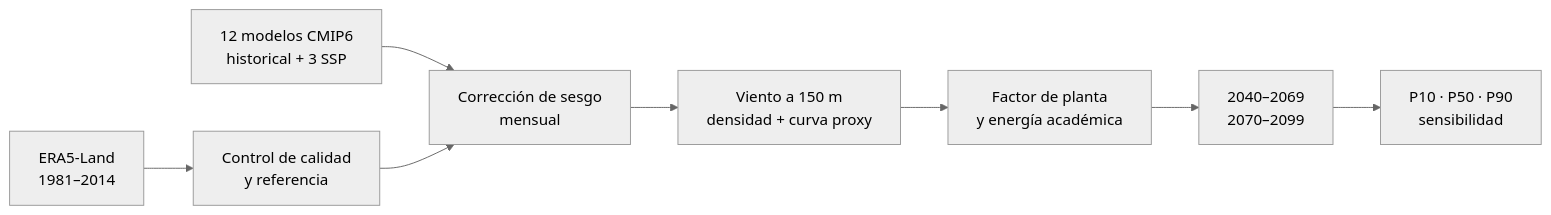
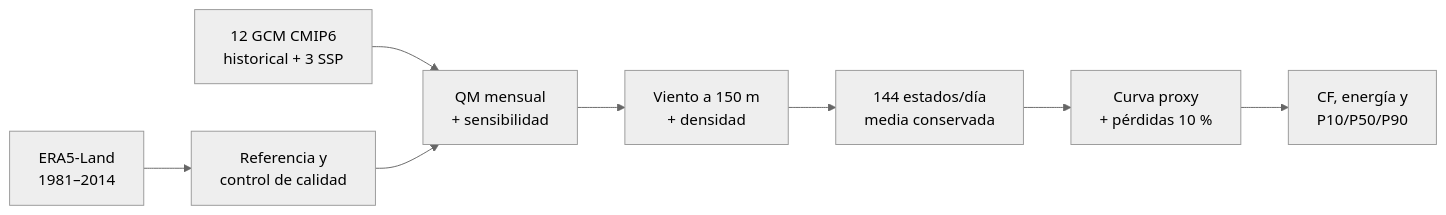
Before and after one commit to LindaCatalina/jemeiwaa-wind-energy-climate-risk: the diagram in README.md, drawn with Mermaid (neutral theme). The commit also changed other lines of this file and 93 other files, not shown here.

````diff
--- a/README.md
+++ b/README.md
@@ -77,10 +127,10 @@
 ```mermaid
 flowchart LR
-    A[ERA5-Land<br>1981–2014] --> C[Control de calidad<br>y referencia]
-    B[12 modelos CMIP6<br>historical + 3 SSP] --> D[Corrección de sesgo<br>mensual]
+    A[ERA5-Land<br>1981–2014] --> C[Referencia y<br>control de calidad]
+    B[12 GCM CMIP6<br>historical + 3 SSP] --> D[QM mensual<br>+ sensibilidad]
     C --> D
-    D --> E[Viento a 150 m<br>densidad + curva proxy]
-    E --> F[Factor de planta<br>y energía académica]
-    F --> G[2040–2069<br>2070–2099]
-    G --> H[P10 · P50 · P90<br>sensibilidad]
+    D --> E[Viento a 150 m<br>+ densidad]
+    E --> F[144 estados/día<br>media conservada]
+    F --> G[Curva proxy<br>+ pérdidas 10 %]
+    G --> H[CF, energía y<br>P10/P50/P90]
 ```
````
